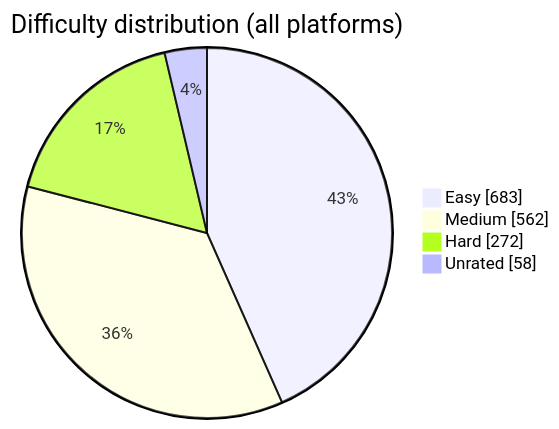
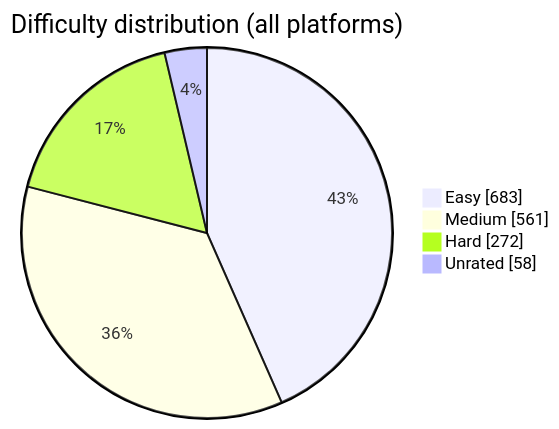
One commit to BuildbyArindam/Daily-Coding-Log changed the diagram in README.md. Above: the diagram before and after it, drawn with Mermaid. The commit also changed other lines of this file, not shown here.

````diff
--- a/README.md
+++ b/README.md
@@ -93,7 +93,7 @@
 ```mermaid
 pie showData title Difficulty distribution (all platforms)
     "Easy" : 683
-    "Medium" : 562
+    "Medium" : 561
     "Hard" : 272
     "Unrated" : 58
 ```
````
